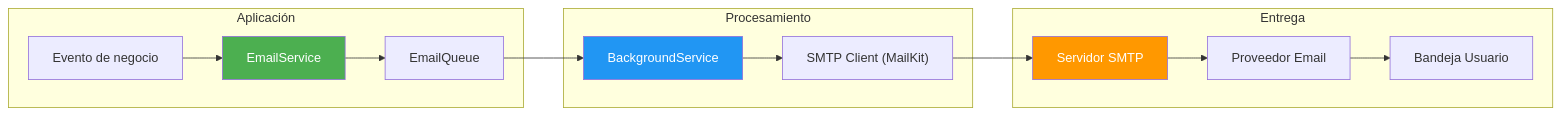
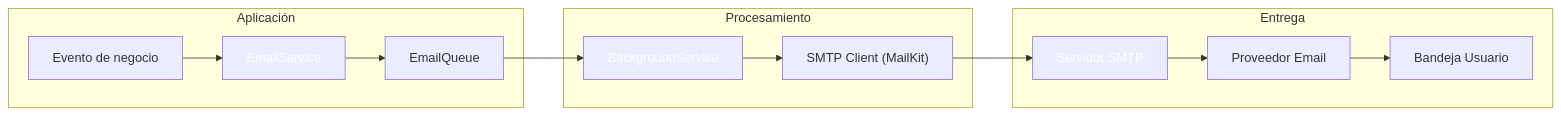
The diagram in 21-email-services.md (joseluisgs/DesarrolloWebEntornosServidor-02-2026-2027), drawn with Mermaid before and after one commit. The commit also changed other lines of this file and 41 other files, not shown here.

````diff
--- a/21-email-services.md
+++ b/21-email-services.md
@@ -51,31 +51,31 @@
 ```mermaid
 flowchart LR
     subgraph "Aplicación"
         A1["Evento de negocio"]
         A2["EmailService"]
         A3["EmailQueue"]
     end
 
     subgraph "Procesamiento"
         B1["BackgroundService"]
         B2["SMTP Client (MailKit)"]
     end
 
     subgraph "Entrega"
         C1["Servidor SMTP"]
         C2["Proveedor Email"]
         C3["Bandeja Usuario"]
     end
 
     A1 --> A2
     A2 --> A3
     A3 --> B1
     B1 --> B2
     B2 --> C1
     C1 --> C2
     C2 --> C3
 
-    style A2 fill:#4CAF50,color:#fff
-    style B1 fill:#2196F3,color:#fff
-    style C1 fill:#FF9800,color:#fff
+    style A2 fill:#4CAF5,color:#fff0,color:#fff
+    style B1 fill:#2196F,color:#fff3,color:#fff
+    style C1 fill:#FF980,color:#fff0,color:#fff
 ```
````
